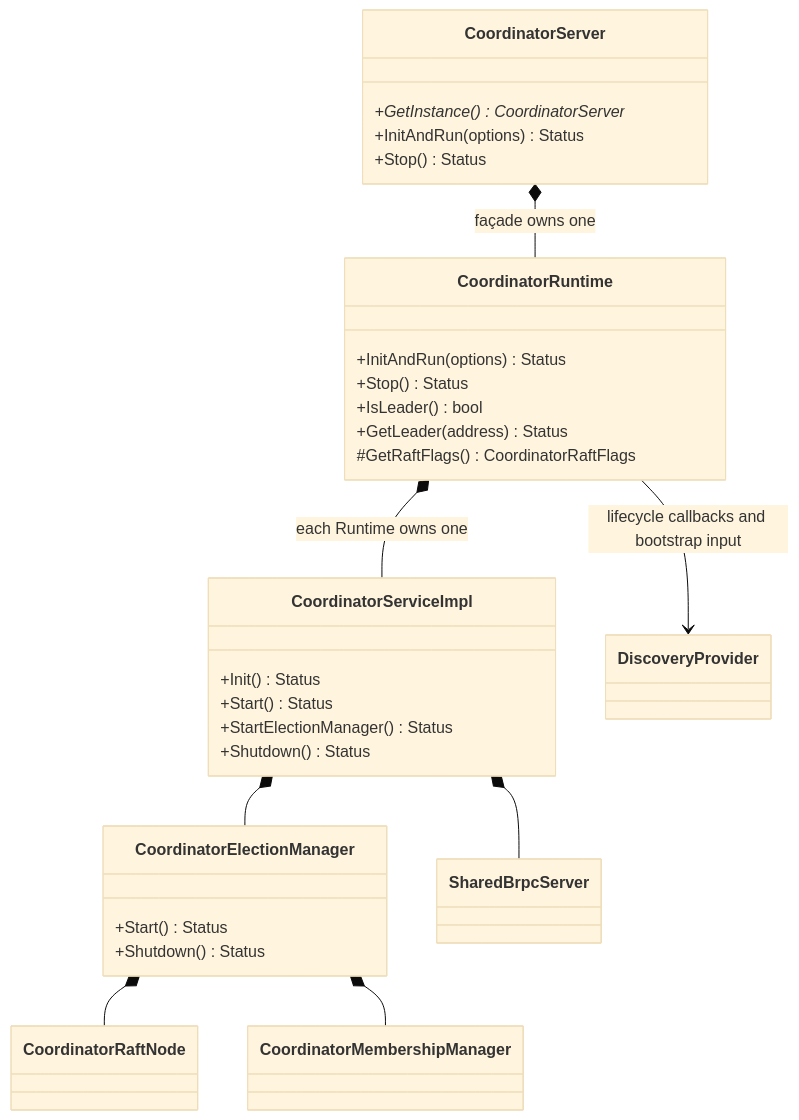
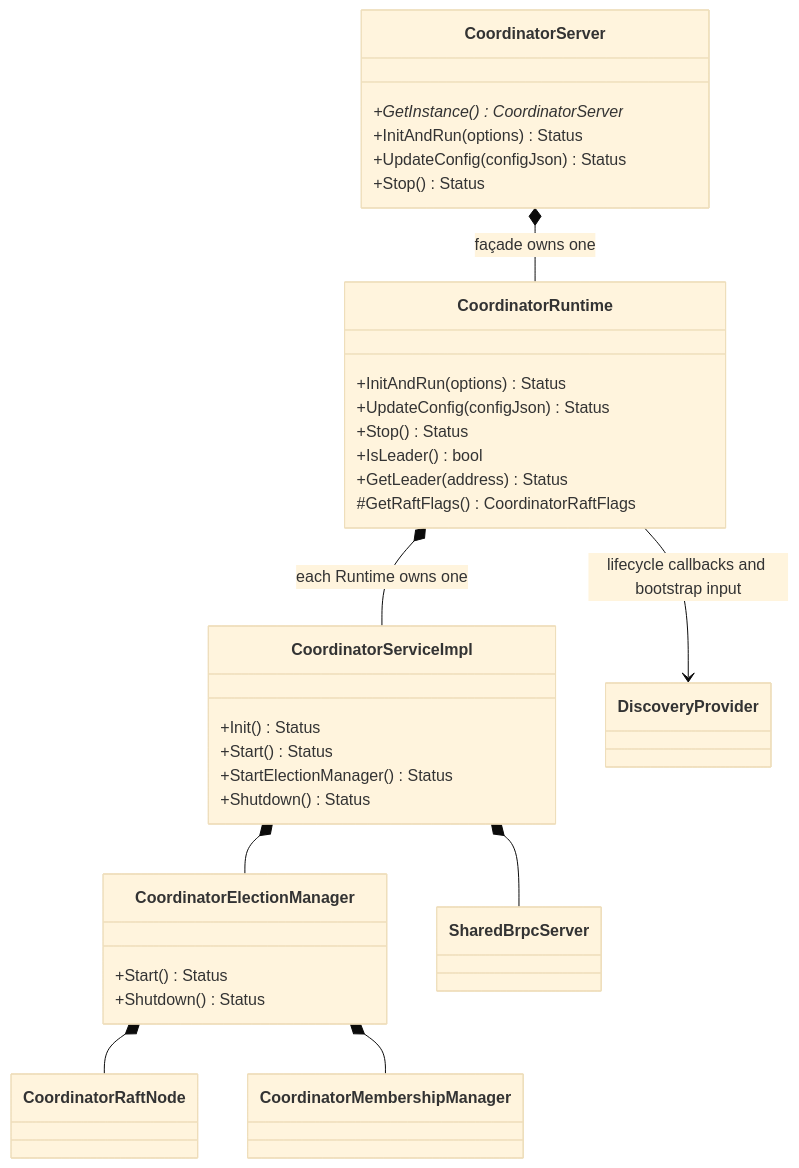
One commit to openeuler-mirror/yuanrong-datasystem changed the first of 3 diagrams in .repo_context/modules/runtime/coordinator-election/design.md. Above: the diagram before and after it, drawn with Mermaid (base theme). The commit also changed other lines of this file and 20 other files, not shown here.

````diff
--- a/.repo_context/modules/runtime/coordinator-election/design.md
+++ b/.repo_context/modules/runtime/coordinator-election/design.md
@@ -21,37 +21,39 @@
 ```mermaid
 classDiagram
     class CoordinatorServer {
         +GetInstance() CoordinatorServer*
         +InitAndRun(options) Status
+        +UpdateConfig(configJson) Status
         +Stop() Status
     }
     class CoordinatorRuntime {
         +InitAndRun(options) Status
+        +UpdateConfig(configJson) Status
         +Stop() Status
         +IsLeader() bool
         +GetLeader(address) Status
         #GetRaftFlags() CoordinatorRaftFlags
     }
     class CoordinatorServiceImpl {
         +Init() Status
         +Start() Status
         +StartElectionManager() Status
         +Shutdown() Status
     }
     class CoordinatorElectionManager {
         +Start() Status
         +Shutdown() Status
     }
     class CoordinatorRaftNode
     class CoordinatorMembershipManager
     class SharedBrpcServer
     class DiscoveryProvider
 
     CoordinatorServer *-- CoordinatorRuntime : façade owns one
     CoordinatorRuntime *-- CoordinatorServiceImpl : each Runtime owns one
     CoordinatorRuntime --> DiscoveryProvider : lifecycle callbacks and bootstrap input
     CoordinatorServiceImpl *-- SharedBrpcServer
     CoordinatorServiceImpl *-- CoordinatorElectionManager
     CoordinatorElectionManager *-- CoordinatorRaftNode
     CoordinatorElectionManager *-- CoordinatorMembershipManager
 ```
````
